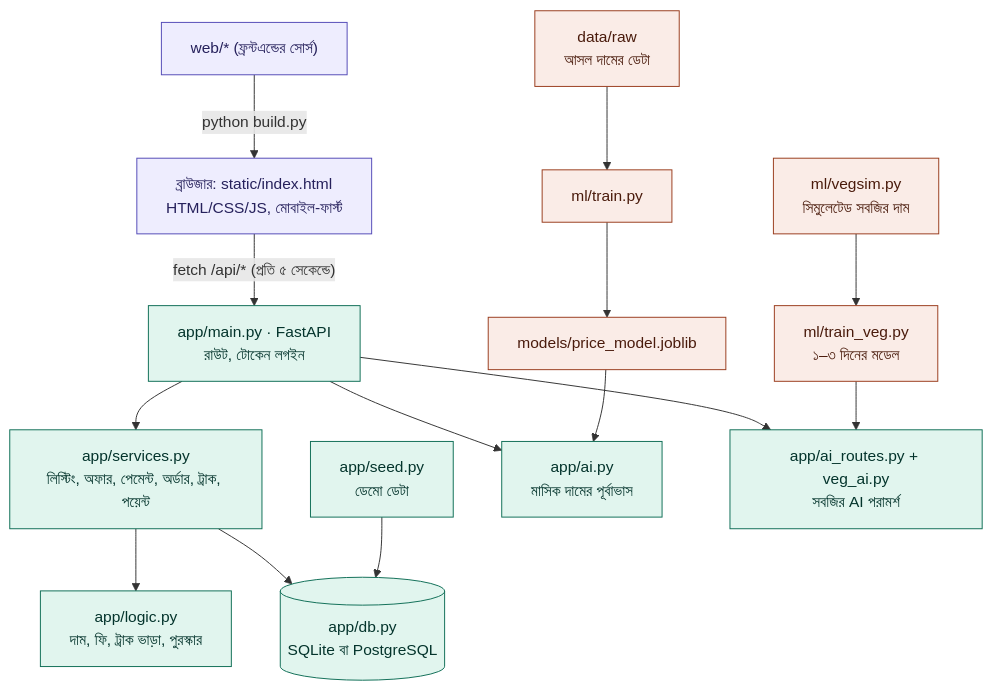
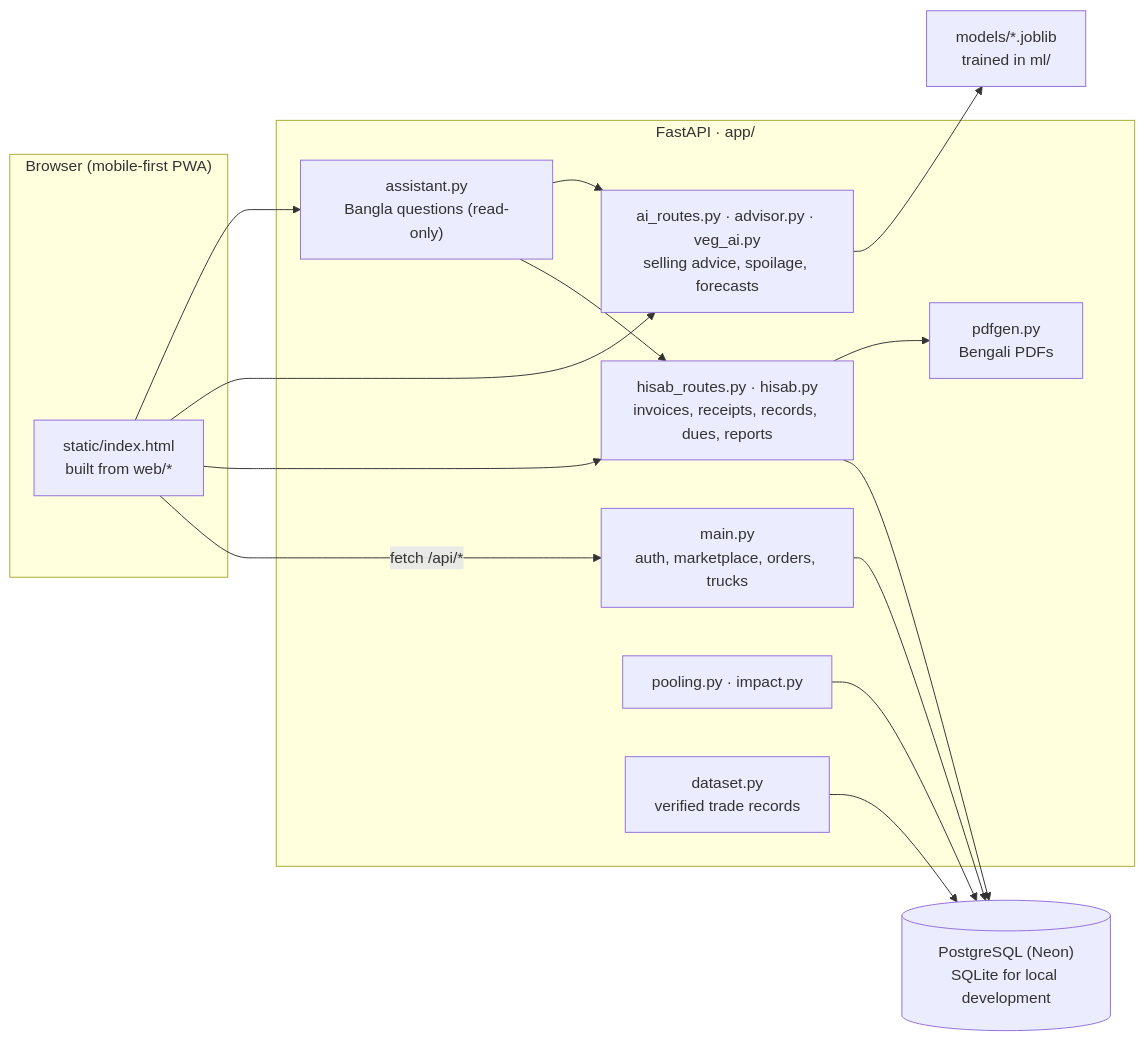
The diagram in README.md (mahirmohtabayman/reroute-agro-v2), drawn with Mermaid before and after one commit. The commit also changed other lines of this file and 10 other files, not shown here.

````diff
--- a/README.md
+++ b/README.md
@@ -86,23 +127,32 @@
 ```mermaid
-flowchart TD
-    W["web/* (ফ্রন্টএন্ডের সোর্স)"] -->|python build.py| B["ব্রাউজার: static/index.html<br/>HTML/CSS/JS, মোবাইল-ফার্স্ট"]
-    B -->|"fetch /api/* (প্রতি ৫ সেকেন্ডে)"| M["app/main.py · FastAPI<br/>রাউট, টোকেন লগইন"]
+flowchart LR
+    subgraph Client["Browser (mobile-first PWA)"]
+        UI["static/index.html<br/>built from web/*"]
+    end
 
-    M --> S["app/services.py<br/>লিস্টিং, অফার, পেমেন্ট, অর্ডার, ট্রাক, পয়েন্ট"]
-    S --> L["app/logic.py<br/>দাম, ফি, ট্রাক ভাড়া, পুরস্কার"]
-    S --> D[("app/db.py<br/>SQLite বা PostgreSQL")]
-    SE["app/seed.py<br/>ডেমো ডেটা"] --> D
+    subgraph API["FastAPI · app/"]
+        MAIN["main.py<br/>auth, marketplace, orders, trucks"]
+        HISAB["hisab_routes.py · hisab.py<br/>invoices, receipts, records, dues, reports"]
+        AI["ai_routes.py · advisor.py · veg_ai.py<br/>selling advice, spoilage, forecasts"]
+        ASSIST["assistant.py<br/>Bangla questions (read-only)"]
+        POOL["pooling.py · impact.py"]
+        PDF["pdfgen.py<br/>Bengali PDFs"]
+        DATA["dataset.py<br/>verified trade records"]
+    end
 
-    M --> A["app/ai.py<br/>মাসিক দামের পূর্বাভাস"]
-    R["data/raw<br/>আসল দামের ডেটা"] --> T["ml/train.py"] --> PM["models/price_model.joblib"] --> A
+    DB[("PostgreSQL (Neon)<br/>SQLite for local development")]
+    MODELS["models/*.joblib<br/>trained in ml/"]
 
-    M --> V["app/ai_routes.py + veg_ai.py<br/>সবজির AI পরামর্শ"]
-    VS["ml/vegsim.py<br/>সিমুলেটেড সবজির দাম"] --> TV["ml/train_veg.py<br/>১–৩ দিনের মডেল"] --> V
-
-    classDef fe fill:#EEEDFE,stroke:#534AB7,color:#26215C
-    classDef be fill:#E1F5EE,stroke:#0F6E56,color:#04342C
-    classDef ml fill:#FAECE7,stroke:#993C1D,color:#4A1B0C
-    class W,B fe
-    class M,S,L,D,SE,A,V be
-    class R,T,PM,VS,TV ml
+    UI -- "fetch /api/*" --> MAIN
+    UI --> HISAB
+    UI --> AI
+    UI --> ASSIST
+    MAIN --> DB
+    HISAB --> DB
+    HISAB --> PDF
+    POOL --> DB
+    DATA --> DB
+    ASSIST --> HISAB
+    ASSIST --> AI
+    AI --> MODELS
 ```
````
